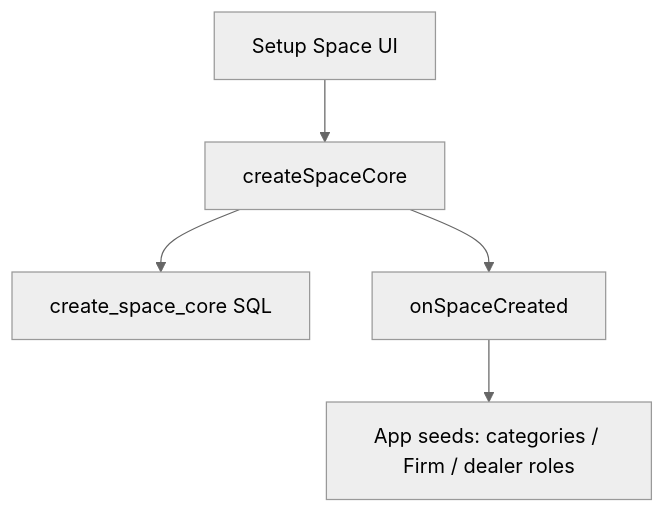
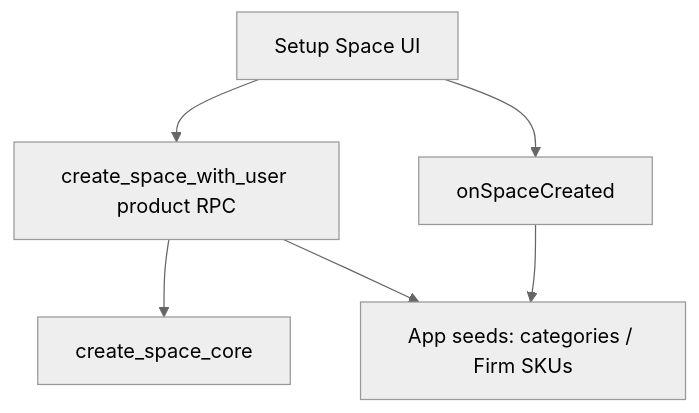
Before and after one commit to jamesgao27/Adaven-platform: the diagram in docs/ARCHITECTURE-PLATFORM.md, drawn with Mermaid (neutral theme). The commit also changed other lines of this file and 693 other files, not shown here.

````diff
--- a/docs/ARCHITECTURE-PLATFORM.md
+++ b/docs/ARCHITECTURE-PLATFORM.md
@@ -47,10 +64,11 @@
 ```mermaid
 flowchart TD
   ui[Setup Space UI]
-  core[createSpaceCore]
-  rpc[create_space_core SQL]
+  productRpc[create_space_with_user product RPC]
+  core[create_space_core]
   hook[onSpaceCreated]
-  product[App seeds: categories / Firm / dealer roles]
-  ui --> core --> rpc
-  core --> hook --> product
+  product[App seeds: categories / Firm SKUs]
+  ui --> productRpc --> core
+  productRpc --> product
+  ui --> hook --> product
 ```
````
